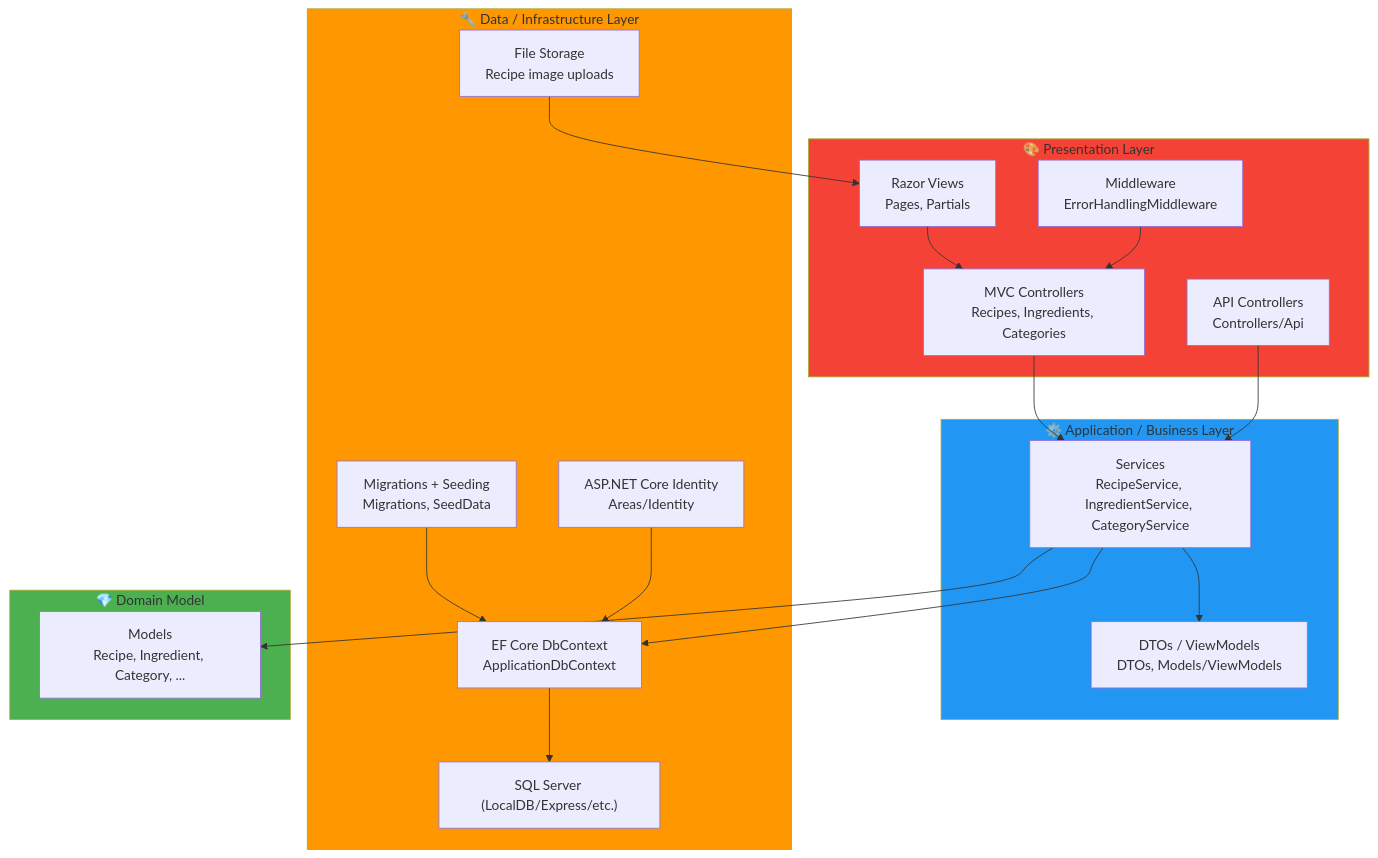
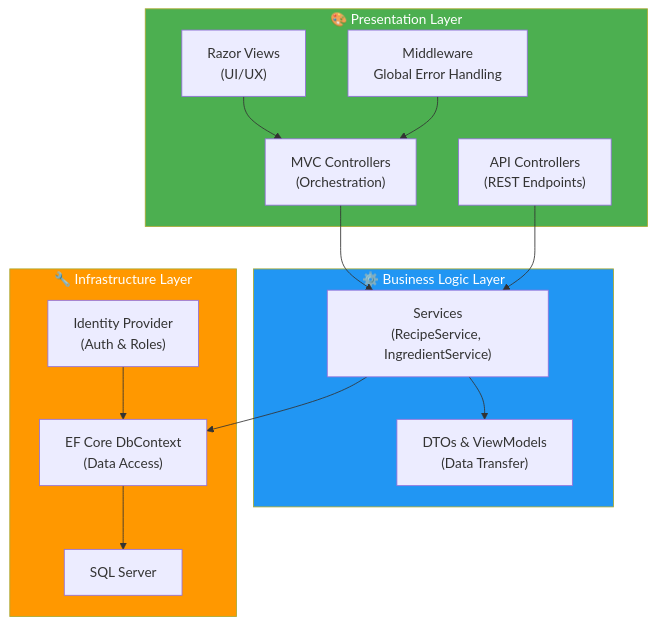
Before and after one commit to MatheusFerraro/RecipeWorld: the diagram in README.md, drawn with Mermaid. The commit also changed other lines of this file, not shown here.

````diff
--- a/README.md
+++ b/README.md
@@ -32,45 +39,33 @@
 ```mermaid
 graph TB
   subgraph Presentation["🎨 Presentation Layer"]
-    VIEWS["Razor Views<br/>Pages, Partials"]
-    MVC["MVC Controllers<br/>Recipes, Ingredients, Categories"]
-    API["API Controllers<br/>Controllers/Api"]
-    MW["Middleware<br/>ErrorHandlingMiddleware"]
+    VIEWS["Razor Views<br/>(UI/UX)"]
+    MVC["MVC Controllers<br/>(Orchestration)"]
+    API["API Controllers<br/>(REST Endpoints)"]
+    MW["Middleware<br/>Global Error Handling"]
   end
 
-  subgraph Application["⚙️ Application / Business Layer"]
-    SVC["Services<br/>RecipeService, IngredientService, CategoryService"]
-    DTO["DTOs / ViewModels<br/>DTOs, Models/ViewModels"]
+  subgraph Application["⚙️ Business Logic Layer"]
+    SVC["Services<br/>(RecipeService, IngredientService)"]
+    DTO["DTOs & ViewModels<br/>(Data Transfer)"]
   end
 
-  subgraph Infrastructure["🔧 Data / Infrastructure Layer"]
-    DBCTX["EF Core DbContext<br/>ApplicationDbContext"]
-    MIG["Migrations + Seeding<br/>Migrations, SeedData"]
-    ID["ASP.NET Core Identity<br/>Areas/Identity"]
-    FS["File Storage<br/>Recipe image uploads"]
-    SQL["SQL Server (LocalDB/Express/etc.)"]
-  end
-
-  subgraph Domain["💎 Domain Model"]
-    ENT["Models<br/>Recipe, Ingredient, Category, ..."]
+  subgraph Infrastructure["🔧 Infrastructure Layer"]
+    DBCTX["EF Core DbContext<br/>(Data Access)"]
+    ID["Identity Provider<br/>(Auth & Roles)"]
+    SQL["SQL Server"]
   end
 
   VIEWS --> MVC
   MVC --> SVC
   API --> SVC
   MW --> MVC
-
   SVC --> DTO
-  SVC --> ENT
-
   SVC --> DBCTX
   DBCTX --> SQL
-  MIG --> DBCTX
   ID --> DBCTX
-  FS --> VIEWS
 
-  style Domain fill:#4CAF50
-  style Application fill:#2196F3
-  style Infrastructure fill:#FF9800
-  style Presentation fill:#F44336
+  style Application fill:#2196F3,color:#fff
+  style Infrastructure fill:#FF9800,color:#fff
+  style Presentation fill:#4CAF50,color:#fff
 ```
````
